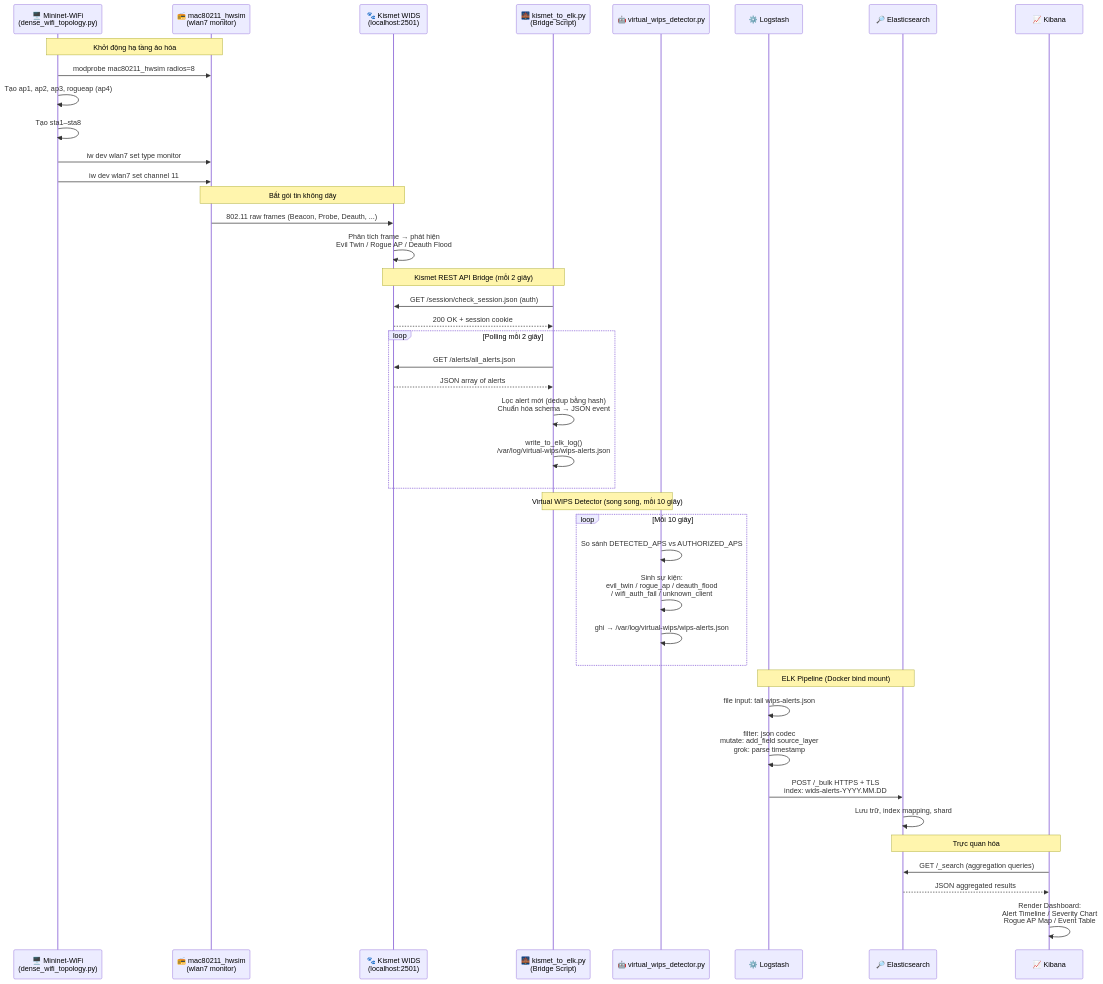
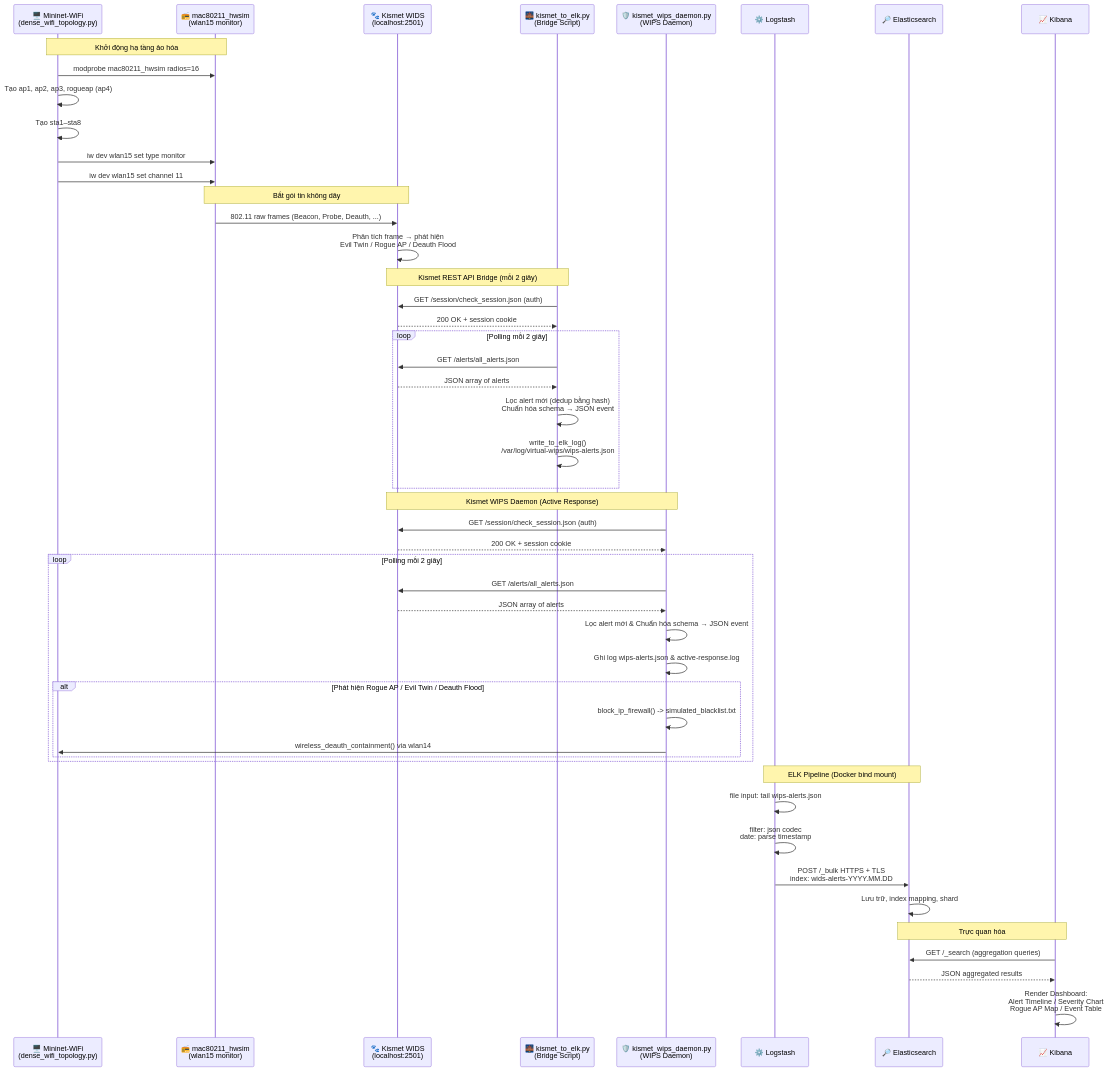
The second of 7 diagrams in DATA_FLOW.md (ph4n10m1808/wireless-mobile-network-security-project), drawn with Mermaid before and after one commit. The commit also changed other lines of this file and 11 other files, not shown here.

````diff
--- a/DATA_FLOW.md
+++ b/DATA_FLOW.md
@@ -66,50 +65,57 @@
 ```mermaid
 sequenceDiagram
     participant MN  as 🖥️ Mininet-WiFi<br/>(dense_wifi_topology.py)
-    participant HW  as 📻 mac80211_hwsim<br/>(wlan7 monitor)
+    participant HW  as 📻 mac80211_hwsim<br/>(wlan15 monitor)
     participant KS  as 🐾 Kismet WIDS<br/>(localhost:2501)
     participant BR  as 🌉 kismet_to_elk.py<br/>(Bridge Script)
-    participant VW  as 🤖 virtual_wips_detector.py
+    participant WD  as 🛡️ kismet_wips_daemon.py<br/>(WIPS Daemon)
     participant LS  as ⚙️ Logstash
     participant ES  as 🔎 Elasticsearch
     participant KB  as 📈 Kibana
 
     Note over MN,HW: Khởi động hạ tầng ảo hóa
-    MN->>HW: modprobe mac80211_hwsim radios=8
+    MN->>HW: modprobe mac80211_hwsim radios=16
     MN->>MN: Tạo ap1, ap2, ap3, rogueap (ap4)
     MN->>MN: Tạo sta1–sta8
-    MN->>HW: iw dev wlan7 set type monitor
-    MN->>HW: iw dev wlan7 set channel 11
+    MN->>HW: iw dev wlan15 set type monitor
+    MN->>HW: iw dev wlan15 set channel 11
 
     Note over HW,KS: Bắt gói tin không dây
     HW->>KS: 802.11 raw frames (Beacon, Probe, Deauth, ...)
     KS->>KS: Phân tích frame → phát hiện<br/>Evil Twin / Rogue AP / Deauth Flood
 
     Note over KS,BR: Kismet REST API Bridge (mỗi 2 giây)
     BR->>KS: GET /session/check_session.json (auth)
     KS-->>BR: 200 OK + session cookie
     loop Polling mỗi 2 giây
         BR->>KS: GET /alerts/all_alerts.json
         KS-->>BR: JSON array of alerts
         BR->>BR: Lọc alert mới (dedup bằng hash)<br/>Chuẩn hóa schema → JSON event
         BR->>BR: write_to_elk_log()<br/>/var/log/virtual-wips/wips-alerts.json
     end
 
-    Note over VW,BR: Virtual WIPS Detector (song song, mỗi 10 giây)
-    loop Mỗi 10 giây
-        VW->>VW: So sánh DETECTED_APS vs AUTHORIZED_APS
-        VW->>VW: Sinh sự kiện:<br/>evil_twin / rogue_ap / deauth_flood<br/>/ wifi_auth_fail / unknown_client
-        VW->>VW: ghi → /var/log/virtual-wips/wips-alerts.json
+    Note over KS,WD: Kismet WIPS Daemon (Active Response)
+    WD->>KS: GET /session/check_session.json (auth)
+    KS-->>WD: 200 OK + session cookie
+    loop Polling mỗi 2 giây
+        WD->>KS: GET /alerts/all_alerts.json
+        KS-->>WD: JSON array of alerts
+        WD->>WD: Lọc alert mới & Chuẩn hóa schema → JSON event
+        WD->>WD: Ghi log wips-alerts.json & active-response.log
+        alt Phát hiện Rogue AP / Evil Twin / Deauth Flood
+            WD->>WD: block_ip_firewall() -> simulated_blacklist.txt
+            WD->>MN: wireless_deauth_containment() via wlan14
+        end
     end
 
     Note over LS,ES: ELK Pipeline (Docker bind mount)
     LS->>LS: file input: tail wips-alerts.json
-    LS->>LS: filter: json codec<br/>mutate: add_field source_layer<br/>grok: parse timestamp
+    LS->>LS: filter: json codec<br/>date: parse timestamp
     LS->>ES: POST /_bulk HTTPS + TLS<br/>index: wids-alerts-YYYY.MM.DD
     ES->>ES: Lưu trữ, index mapping, shard
 
     Note over ES,KB: Trực quan hóa
     KB->>ES: GET /_search (aggregation queries)
     ES-->>KB: JSON aggregated results
     KB->>KB: Render Dashboard:<br/>Alert Timeline / Severity Chart<br/>Rogue AP Map / Event Table
 ```
````
